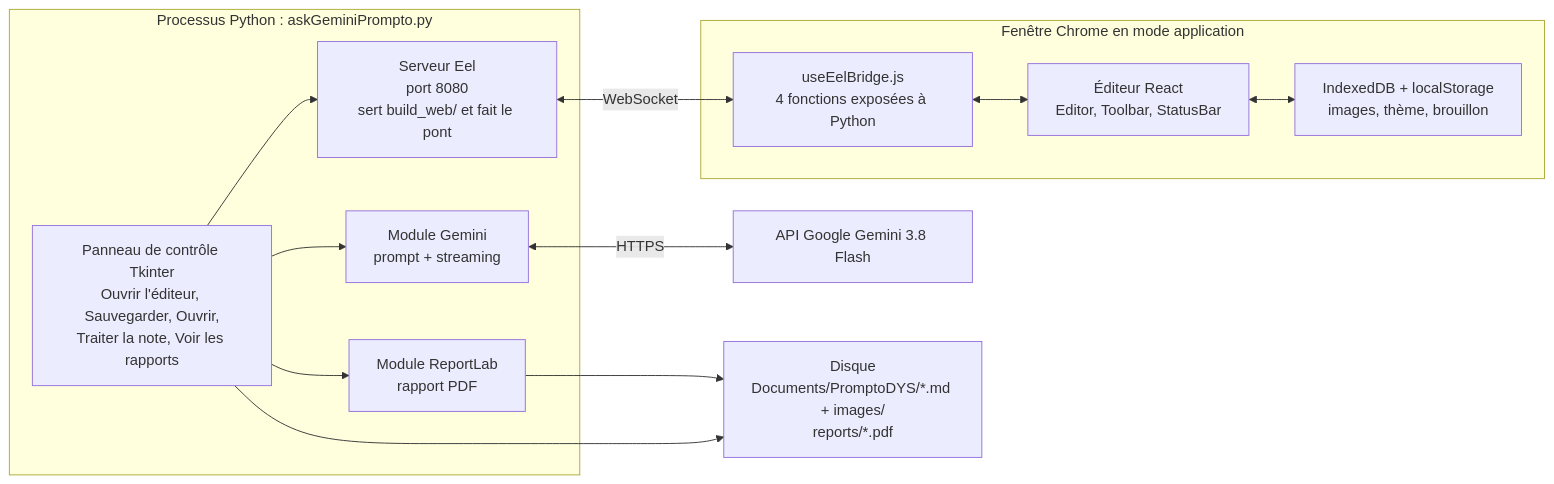
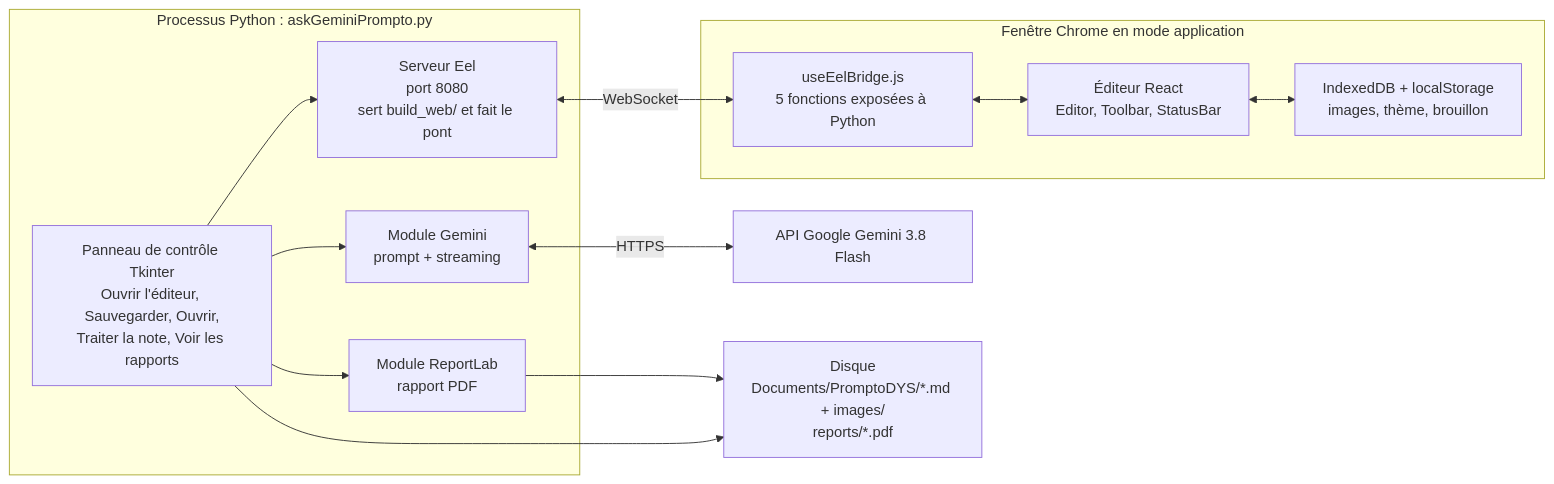
Before and after one commit to lecinquiemejour-code/PromptoDYS_app: the first of 5 diagrams in doc/ARCHITECTURE.md, drawn with Mermaid. The commit also changed other lines of this file and 3 other files, not shown here.

````diff
--- a/doc/ARCHITECTURE.md
+++ b/doc/ARCHITECTURE.md
@@ -41,28 +41,28 @@
 ```mermaid
 flowchart LR
     subgraph PY["Processus Python : askGeminiPrompto.py"]
         TK["Panneau de contrôle Tkinter<br/>Ouvrir l'éditeur, Sauvegarder, Ouvrir,<br/>Traiter la note, Voir les rapports"]
         EEL["Serveur Eel<br/>port 8080<br/>sert build_web/ et fait le pont"]
         IA["Module Gemini<br/>prompt + streaming"]
         PDF["Module ReportLab<br/>rapport PDF"]
     end
 
     subgraph CHROME["Fenêtre Chrome en mode application"]
         REACT["Éditeur React<br/>Editor, Toolbar, StatusBar"]
-        BRIDGE["useEelBridge.js<br/>4 fonctions exposées à Python"]
+        BRIDGE["useEelBridge.js<br/>5 fonctions exposées à Python"]
         IDB["IndexedDB + localStorage<br/>images, thème, brouillon"]
     end
 
     GEMINI["API Google Gemini 3.8 Flash"]
     DISK["Disque<br/>Documents/PromptoDYS/*.md + images/<br/>reports/*.pdf"]
 
     TK --> EEL
     TK --> IA
     TK --> PDF
     EEL <-- "WebSocket" --> BRIDGE
     BRIDGE <--> REACT
     REACT <--> IDB
     IA <-- "HTTPS" --> GEMINI
     PDF --> DISK
     TK --> DISK
 ```
````
